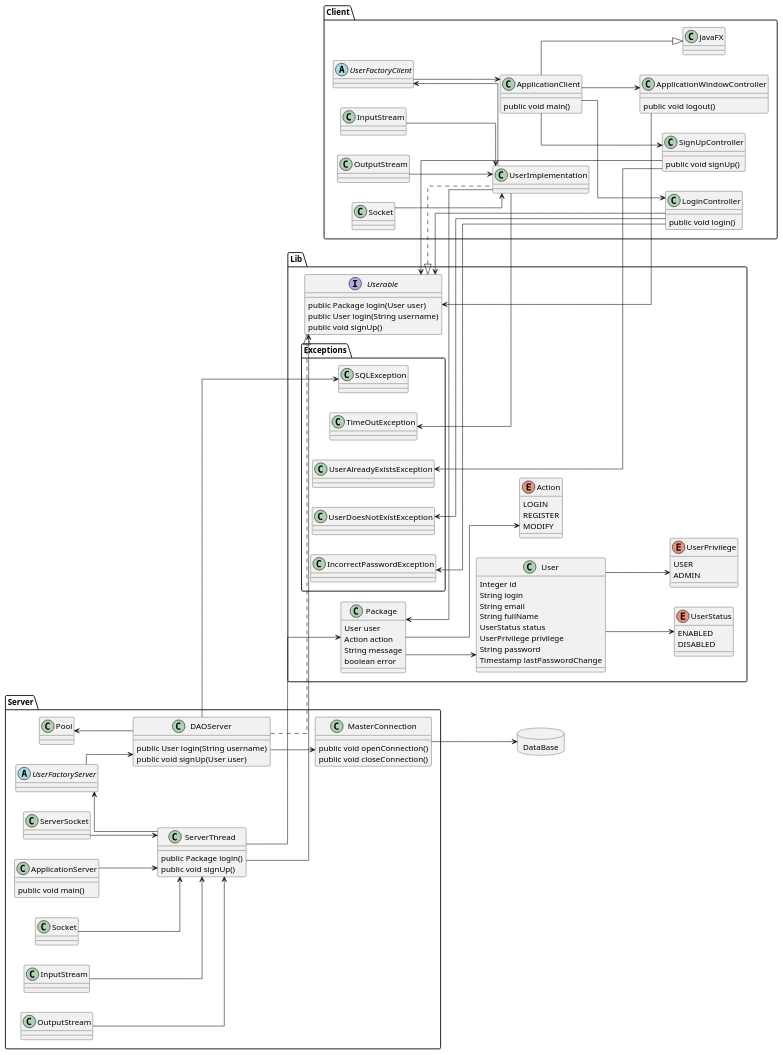
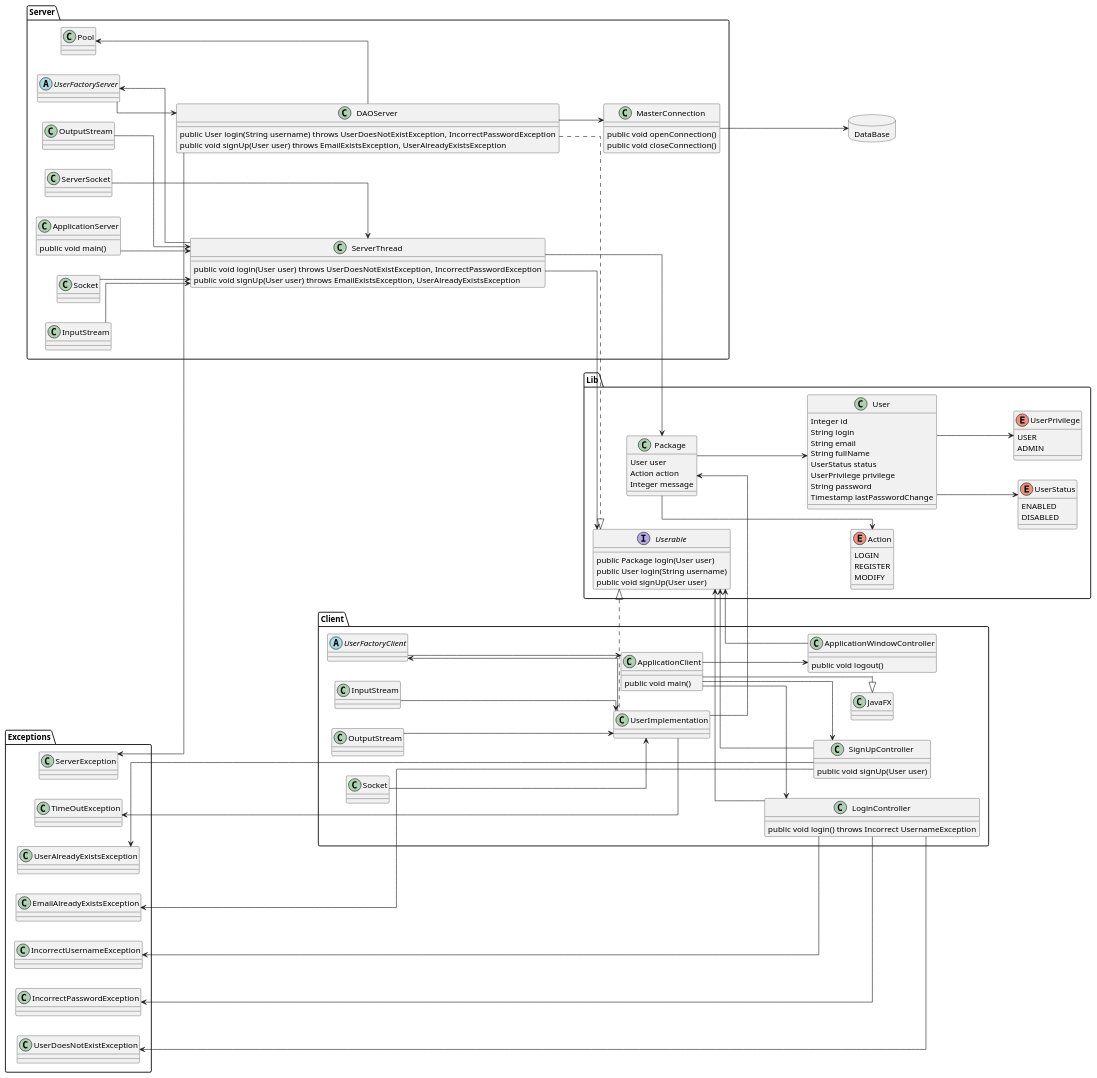
One commit to joana-renteria/SignUpSignIn changed the diagram in design/client_server.puml. Above: the diagram before and after it, drawn with PlantUML. The commit also changed 1 other file, not shown here.

```diff
--- a/design/client_server.puml
+++ b/design/client_server.puml
@@ -1,175 +1,178 @@
 @startuml
 left to right direction
 skinparam linetype ortho
 
 package Server {
 	class ApplicationServer {
 		public void main()
 	}
 	
 	class ServerThread {
-		public Package login()
-		public void signUp()
+		public void login(User user) throws UserDoesNotExistException, IncorrectPasswordException
+		public void signUp(User user) throws EmailExistsException, UserAlreadyExistsException
 	}
 	
 	abstract UserFactoryServer {
 		
 	}
 	
 	class Pool {
 		
 	}
 	
 	class DAOServer {
-		public User login(String username)
-		public void signUp(User user)
+		public User login(String username) throws UserDoesNotExistException, IncorrectPasswordException
+		public void signUp(User user) throws EmailExistsException, UserAlreadyExistsException
 	}
 	
 	class MasterConnection {
 		public void openConnection()
 		public void closeConnection()
 	}
 
 	class Server.Socket{}
 	class Server.InputStream{}
 	class Server.OutputStream{}
 }
 
 package Client {
 	class JavaFX {
 		
 	}
 
 	class ApplicationClient {
 		public void main()
 	}
 
 	class LoginController {
-		public void login()
+		public void login() throws Incorrect UsernameException
 	}
 	
 	class SignUpController {
-		public void signUp()
+		public void signUp(User user)
 	}
 	
 	class ApplicationWindowController {
 		public void logout()
 	}
 	
 	class UserImplementation {
 		
 	}
 	
 	abstract UserFactoryClient {
 		
 	}
 
 	class Client.Socket{}
 	class Client.InputStream{}
 	class Client.OutputStream{}
 }
 
 package DataBase <<Database>> {
 	
 }
 
 package Lib {
 	enum Action {
 		LOGIN
 		REGISTER
 		MODIFY
 	}
 	
 	class Package {
 		User user
 		Action action
-		String message
-		boolean error
+		Integer message
 	}
 
 	interface Userable {
 		public Package login(User user)
 		public User login(String username)
-		public void signUp()
+		public void signUp(User user)
 	}
 	
 	class User {
 		Integer id
 		String login
 		String email
 		String fullName
 		UserStatus status
 		UserPrivilege privilege
 		String password
 		Timestamp lastPasswordChange
 	}
 	
 	enum UserStatus {
 		ENABLED
 		DISABLED
 	}
 	
 	enum UserPrivilege {
 		USER
 		ADMIN
 	}
 
-	package Exceptions {
-		class SQLException{}
-		class UserDoesNotExistException{}
-		class IncorrectPasswordException{}
-		class TimeOutException{}
-		class UserAlreadyExistsException{}
-	}
+}
 
+package Exceptions {
+	class ServerException{}
+	class UserDoesNotExistException{}
+	class IncorrectUsernameException{}
+	class IncorrectPasswordException{}
+	class TimeOutException{}
+	class UserAlreadyExistsException{}
+	class EmailAlreadyExistsException{}
 }
 
 UserImplementation --> Package
 
 Package --> Action
 
 Userable <-- LoginController
 Userable <-- SignUpController
 Userable <-- ApplicationWindowController
 
 Userable <|.. UserImplementation
 
 Pool <-- DAOServer
 DAOServer --> MasterConnection
 MasterConnection --> DataBase
 UserFactoryServer <-- ServerThread
 UserFactoryServer --> DAOServer
 DAOServer ..|> Userable
 ServerThread --> Userable
 ServerThread --> Package
 ApplicationServer --> ServerThread
 
 ApplicationClient --> ApplicationWindowController
 ApplicationClient --> SignUpController
 ApplicationClient --> LoginController
 
 UserFactoryClient <-- UserImplementation
 UserFactoryClient --> ApplicationClient
 
 ApplicationClient --|> JavaFX
 
 Server.Socket --> 		ServerThread
 Server.ServerSocket --> ServerThread
 Server.InputStream --> 	ServerThread
 Server.OutputStream -->	ServerThread
 
 Client.Socket --> UserImplementation
 Client.InputStream --> UserImplementation
 Client.OutputStream --> UserImplementation
 
-SQLException 		<-- DAOServer
-TimeOutException 	<-- UserImplementation
+ServerException <-- DAOServer
+TimeOutException <-- UserImplementation
 UserAlreadyExistsException <-- SignUpController
+EmailAlreadyExistsException <-- SignUpController
 UserDoesNotExistException <-- LoginController
 IncorrectPasswordException <-- LoginController
+IncorrectUsernameException <-- LoginController
 
 Package --> User
 User --> UserPrivilege
 User --> UserStatus
 
 @enduml
```
